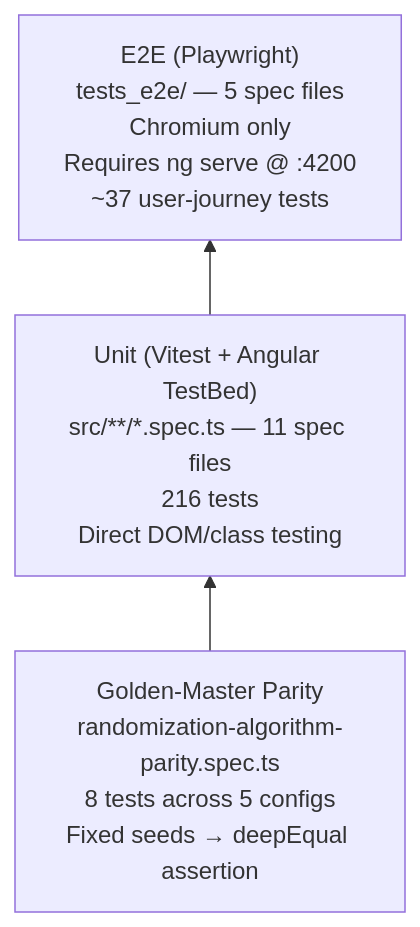
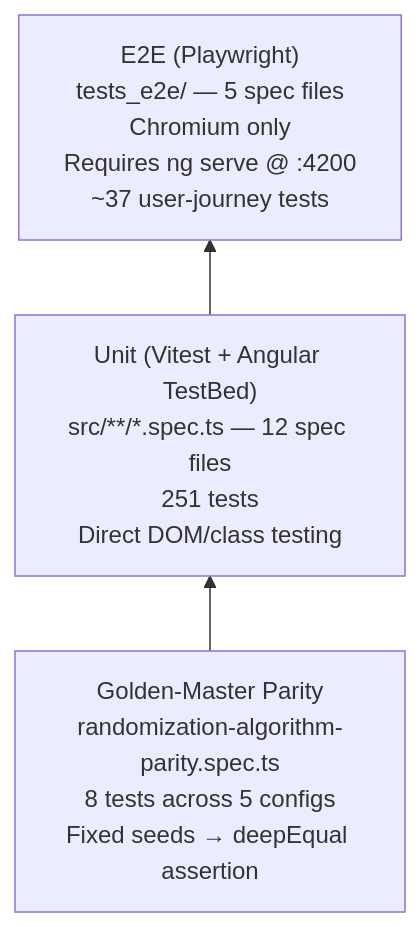
Before and after one commit to fderuiter/Clinical-Randomization-Generator: diagram 16 of 17 in docs/ARCHITECTURE.md, drawn with Mermaid. The commit also changed other lines of this file, not shown here.

First line of the commit message:
docs: update ARCHITECTURE.md for v1.3.0 error hierarchy changes

````diff
--- a/docs/ARCHITECTURE.md
+++ b/docs/ARCHITECTURE.md
@@ -762,9 +842,9 @@
 ```mermaid
 graph BT
     E2E["E2E (Playwright)\ntests_e2e/ — 5 spec files\nChromium only\nRequires ng serve @ :4200\n~37 user-journey tests"]
-    UNIT["Unit (Vitest + Angular TestBed)\nsrc/**/*.spec.ts — 11 spec files\n216 tests\nDirect DOM/class testing"]
+    UNIT["Unit (Vitest + Angular TestBed)\nsrc/**/*.spec.ts — 12 spec files\n251 tests\nDirect DOM/class testing"]
     PARITY["Golden-Master Parity\nrandomization-algorithm-parity.spec.ts\n8 tests across 5 configs\nFixed seeds → deepEqual assertion"]
 
     PARITY --> UNIT
     UNIT --> E2E
 ```
````
